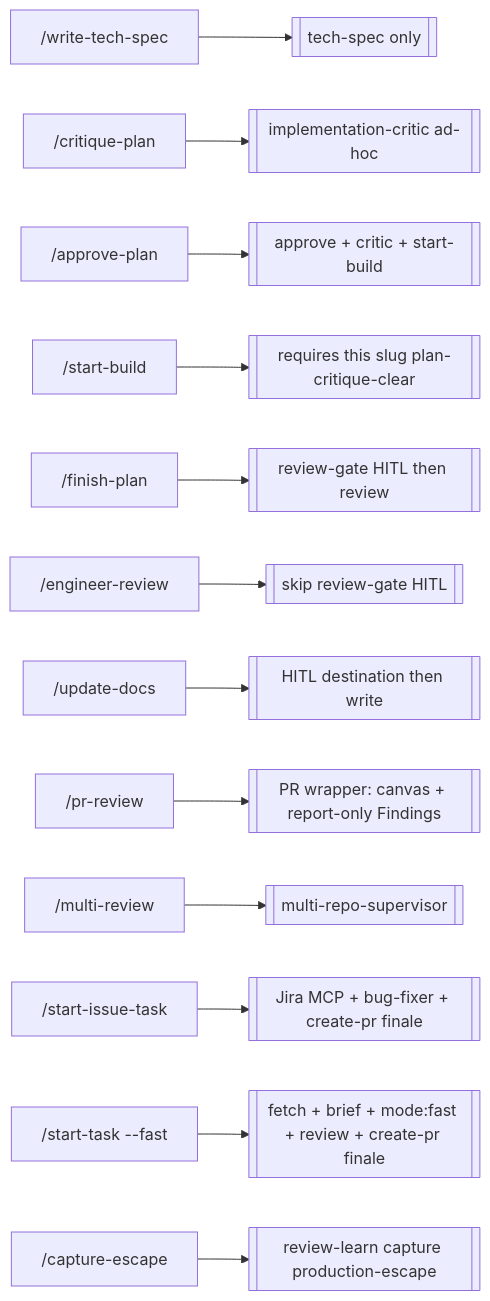
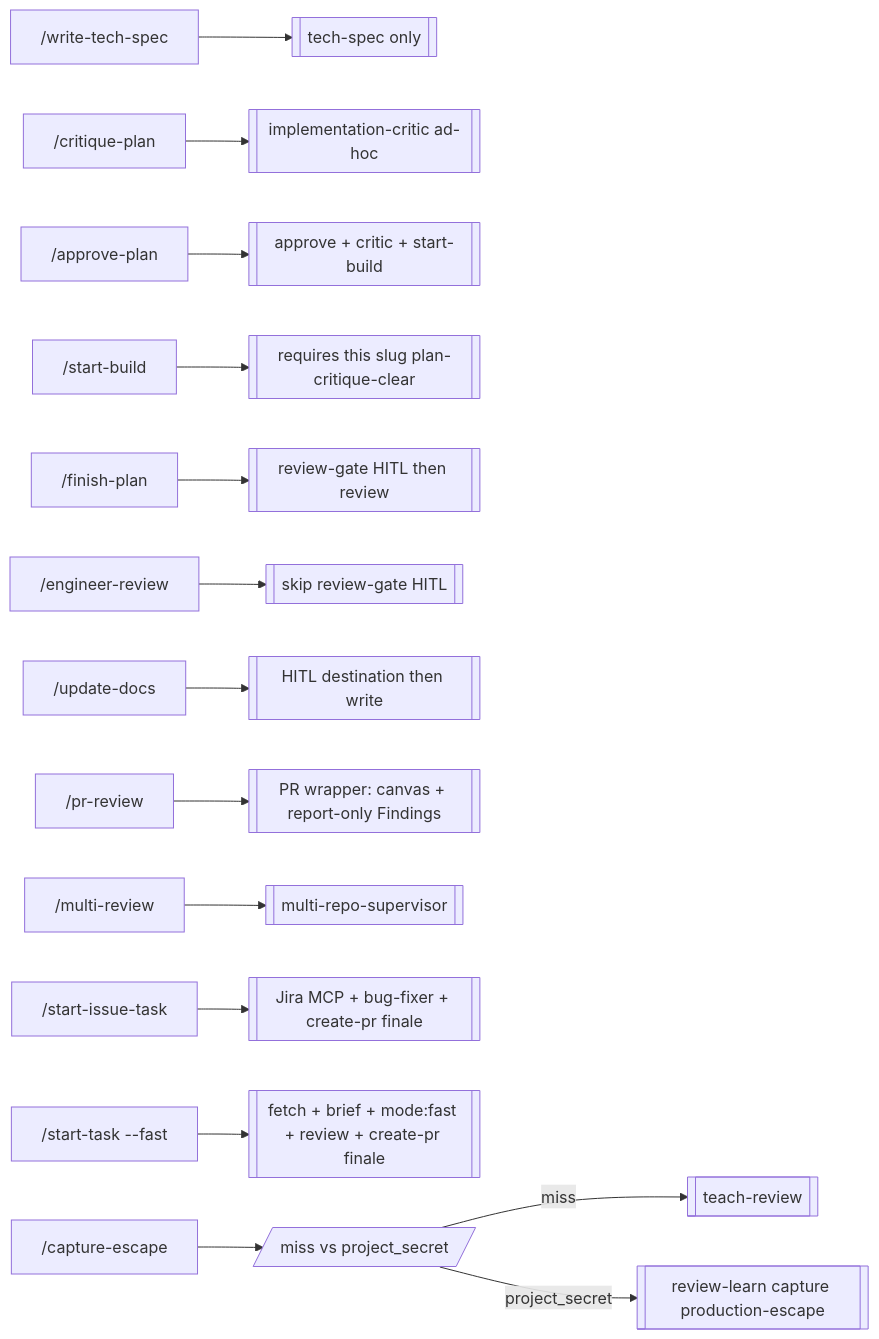
The tenth of 13 diagrams in docs/superpowers/pipeline-flow.md (a-trembak/cursor-spells), drawn with Mermaid before and after one commit. The commit also changed other lines of this file and 19 other files, not shown here.

First line of the commit message:
feat(review): keep local learnings only for project_secret

````diff
--- a/docs/superpowers/pipeline-flow.md
+++ b/docs/superpowers/pipeline-flow.md
@@ -446,15 +446,17 @@
 ```mermaid
 flowchart LR
   writeSpec["/write-tech-spec"] --> techOnly[["tech-spec only"]]
   critique["/critique-plan"] --> criticOnly[["implementation-critic ad-hoc"]]
   approve["/approve-plan"] --> approveFlow[["approve + critic + start-build"]]
   build["/start-build"] --> buildOnly[["requires this slug plan-critique-clear"]]
   finish["/finish-plan"] --> finishFlow[["review-gate HITL then review"]]
   eng["/engineer-review"] --> reviewDirect[["skip review-gate HITL"]]
   docs["/update-docs"] --> docsFlow[["HITL destination then write"]]
   pr["/pr-review"] --> prWrap[["PR wrapper: canvas + report-only Findings"]]
   multi["/multi-review"] --> multiDirect[["multi-repo-supervisor"]]
   issue["/start-issue-task"] --> issuePipe[["Jira MCP + bug-fixer + create-pr finale"]]
   fast["/start-task --fast"] --> fastPipe[["fetch + brief + mode:fast + review + create-pr finale"]]
-  escape["/capture-escape"] --> learnPipe[["review-learn capture production-escape"]]
+  escape["/capture-escape"] --> dest[/"miss vs project_secret"/]
+  dest -->|miss| teachEsc[["teach-review"]]
+  dest -->|project_secret| learnPipe[["review-learn capture production-escape"]]
 ```
````
